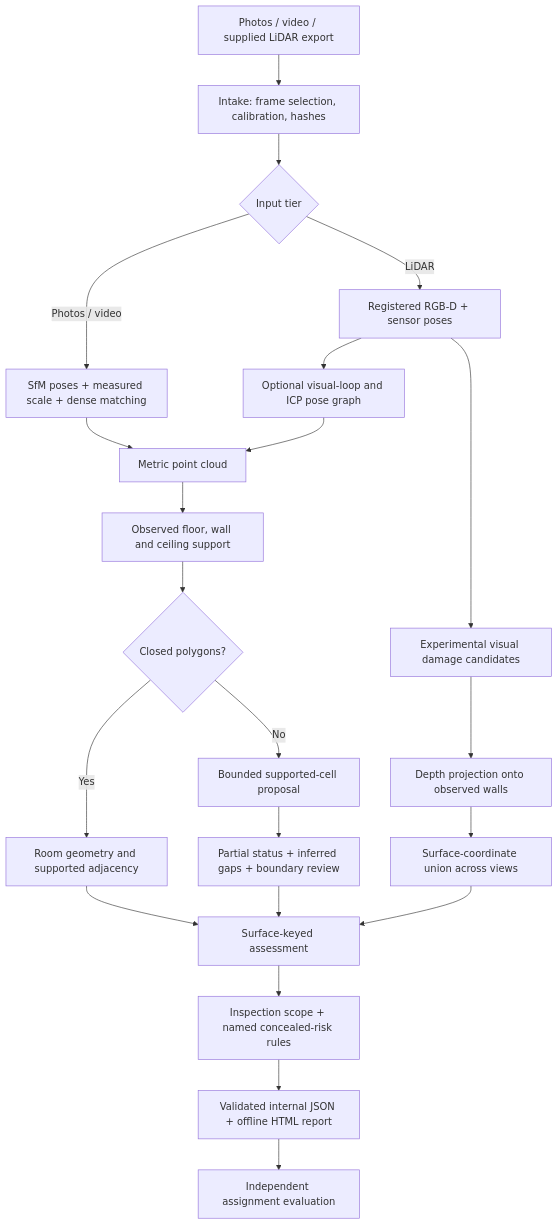
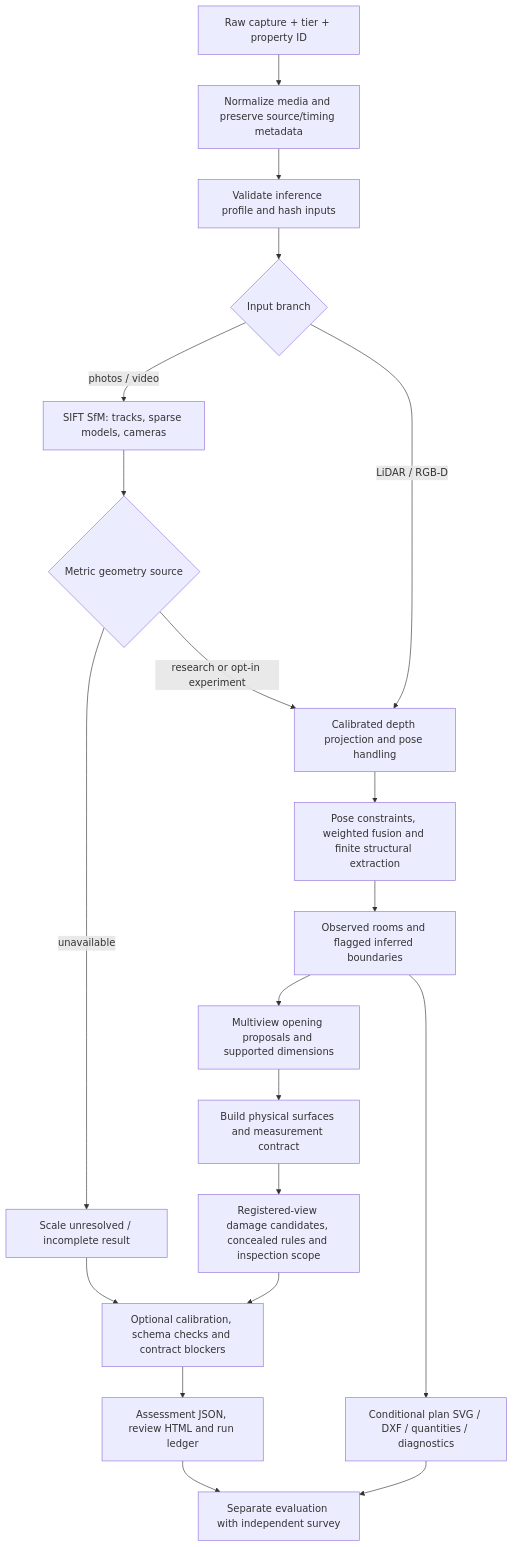
The diagram in docs/RESTORATION_FLOW.md (Tarun11112003/phone-to-floorplan), drawn with Mermaid before and after one commit. The commit also changed other lines of this file and 2 other files, not shown here.

Commit message:
docs: document implemented tier pipelines

````diff
--- a/docs/RESTORATION_FLOW.md
+++ b/docs/RESTORATION_FLOW.md
@@ -7,24 +6,22 @@
 ```mermaid
 flowchart TD
-    A[Photos / video / supplied LiDAR export] --> B[Intake: frame selection, calibration, hashes]
-    B --> C{Input tier}
-    C -->|Photos / video| D[SfM poses + measured scale + dense matching]
-    C -->|LiDAR| E[Registered RGB-D + sensor poses]
-    E --> F[Optional visual-loop and ICP pose graph]
-    D --> G[Metric point cloud]
-    F --> G
-    G --> H[Observed floor, wall and ceiling support]
-    H --> I{Closed polygons?}
-    I -->|Yes| J[Room geometry and supported adjacency]
-    I -->|No| K[Bounded supported-cell proposal]
-    K --> L[Partial status + inferred gaps + boundary review]
-    J --> M[Surface-keyed assessment]
-    L --> M
-    E --> N[Experimental visual damage candidates]
-    N --> O[Depth projection onto observed walls]
-    O --> P[Surface-coordinate union across views]
-    P --> M
-    M --> Q[Inspection scope + named concealed-risk rules]
-    Q --> R[Validated internal JSON + offline HTML report]
-    R --> S[Independent assignment evaluation]
+  A[Raw capture + tier + property ID] --> B[Normalize media and preserve source/timing metadata]
+  B --> C[Validate inference profile and hash inputs]
+  C --> D{Input branch}
+  D -->|photos / video| E[SIFT SfM: tracks, sparse models, cameras]
+  D -->|LiDAR / RGB-D| F[Calibrated depth projection and pose handling]
+  E --> G{Metric geometry source}
+  G -->|unavailable| X[Scale unresolved / incomplete result]
+  G -->|research or opt-in experiment| F
+  F --> H[Pose constraints, weighted fusion and finite structural extraction]
+  H --> I[Observed rooms and flagged inferred boundaries]
+  I --> J[Multiview opening proposals and supported dimensions]
+  J --> K[Build physical surfaces and measurement contract]
+  K --> L[Registered-view damage candidates, concealed rules and inspection scope]
+  L --> M[Optional calibration, schema checks and contract blockers]
+  X --> M
+  M --> N[Assessment JSON, review HTML and run ledger]
+  I --> O[Conditional plan SVG / DXF / quantities / diagnostics]
+  N --> P[Separate evaluation with independent survey]
+  O --> P
 ```
````
